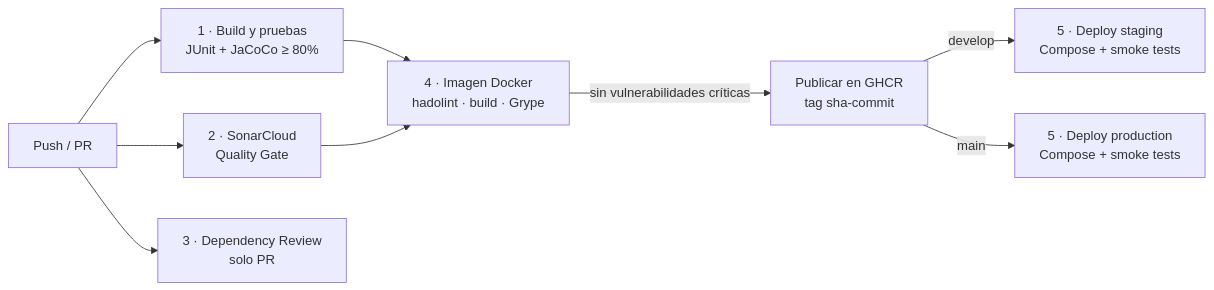
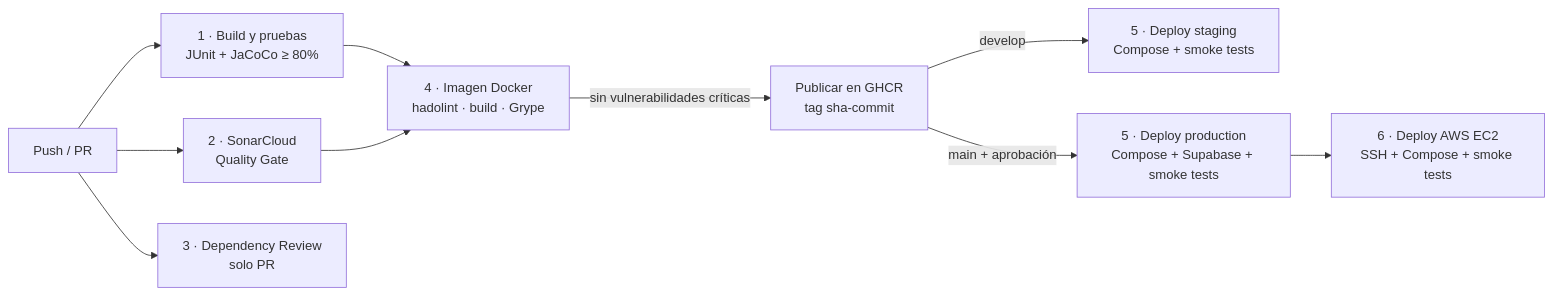
One commit to Diego-ptb/Pokemon-Microservicio changed the diagram in README.md. Above: the diagram before and after it, drawn with Mermaid. The commit also changed other lines of this file, not shown here.

````diff
--- a/README.md
+++ b/README.md
@@ -231,11 +239,12 @@
 ```mermaid
 flowchart LR
     A[Push / PR] --> B[1 · Build y pruebas<br/>JUnit + JaCoCo ≥ 80%]
     A --> C[2 · SonarCloud<br/>Quality Gate]
     A --> D[3 · Dependency Review<br/>solo PR]
     B --> E[4 · Imagen Docker<br/>hadolint · build · Grype]
     C --> E
     E -->|sin vulnerabilidades críticas| F[Publicar en GHCR<br/>tag sha-commit]
     F -->|develop| G[5 · Deploy staging<br/>Compose + smoke tests]
-    F -->|main| H[5 · Deploy production<br/>Compose + smoke tests]
+    F -->|main + aprobación| H[5 · Deploy production<br/>Compose + Supabase + smoke tests]
+    H --> I[6 · Deploy AWS EC2<br/>SSH + Compose + smoke tests]
 ```
````
